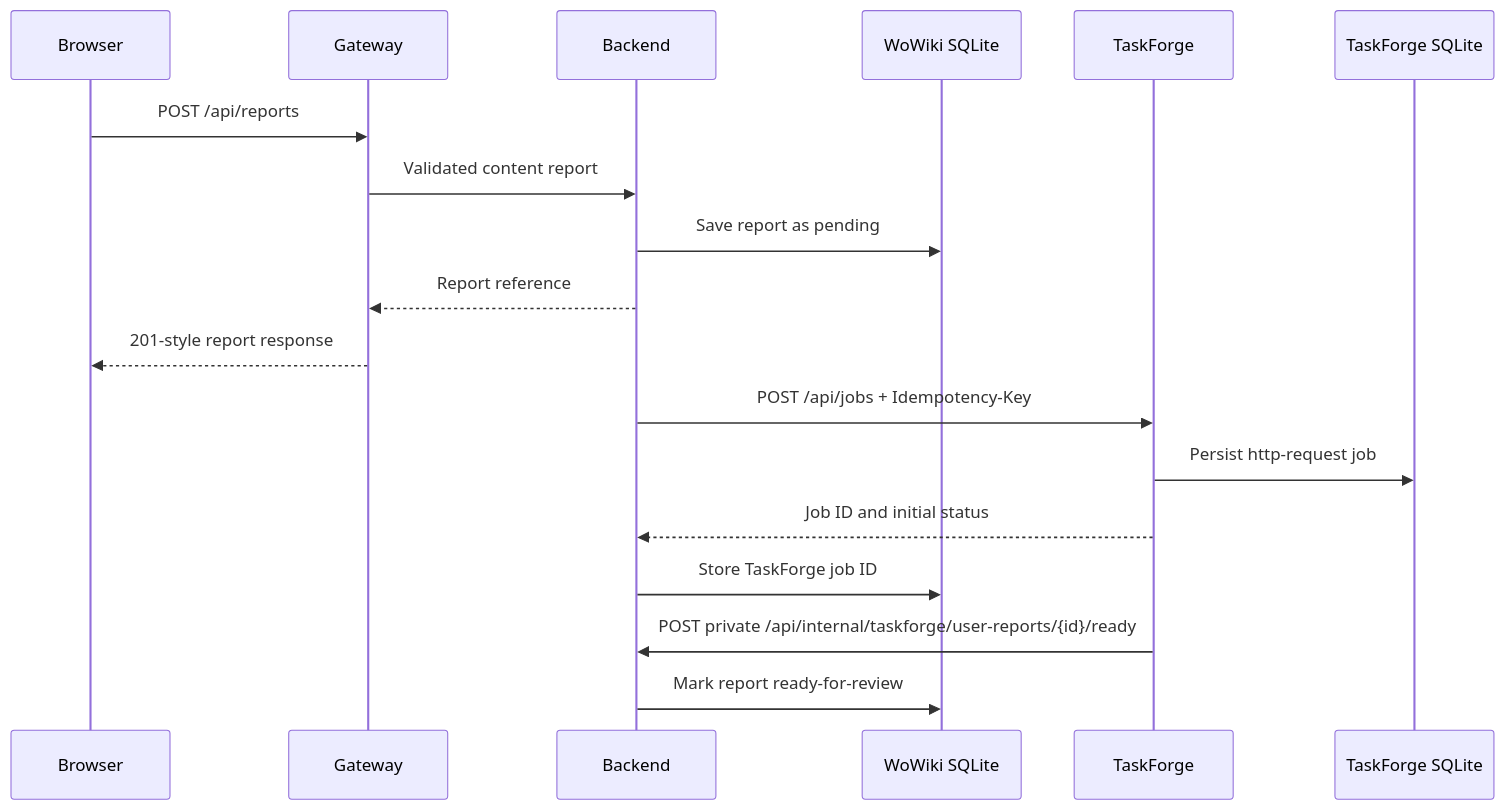
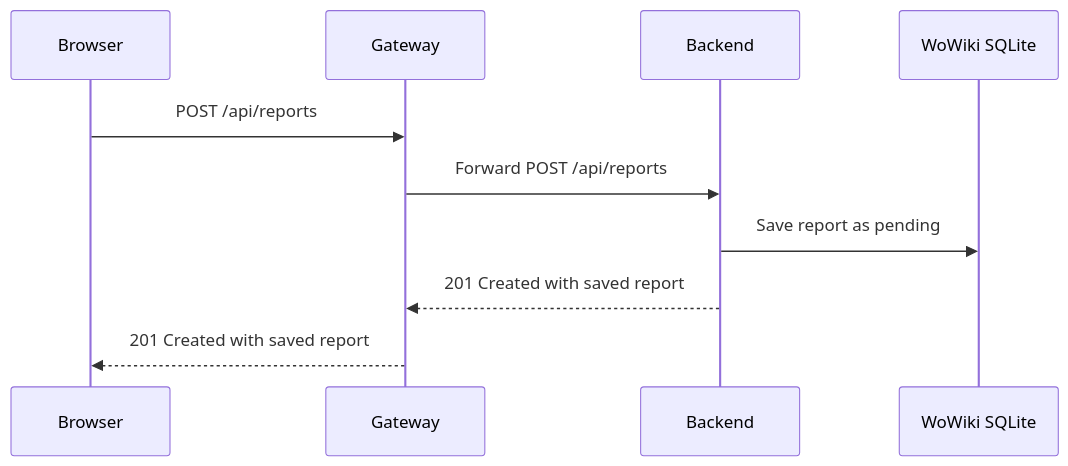
Before and after one commit to Arvence/WoWiki: the sixth of 6 diagrams in docs/request-response-map.md, drawn with Mermaid. The commit also changed other lines of this file and 17 other files, not shown here.

Commit message:
refactor(reports): remove TaskForge integration

````diff
--- a/docs/request-response-map.md
+++ b/docs/request-response-map.md
@@ -166,21 +161,13 @@
 ```mermaid
 sequenceDiagram
     participant B as Browser
     participant G as Gateway
     participant API as Backend
     participant DB as WoWiki SQLite
-    participant TF as TaskForge
-    participant JDB as TaskForge SQLite
 
     B->>G: POST /api/reports
-    G->>API: Validated content report
+    G->>API: Forward POST /api/reports
     API->>DB: Save report as pending
-    API-->>G: Report reference
-    G-->>B: 201-style report response
-    API->>TF: POST /api/jobs + Idempotency-Key
-    TF->>JDB: Persist http-request job
-    TF-->>API: Job ID and initial status
-    API->>DB: Store TaskForge job ID
-    TF->>API: POST private /api/internal/taskforge/user-reports/{id}/ready
-    API->>DB: Mark report ready-for-review
+    API-->>G: 201 Created with saved report
+    G-->>B: 201 Created with saved report
 ```
````
